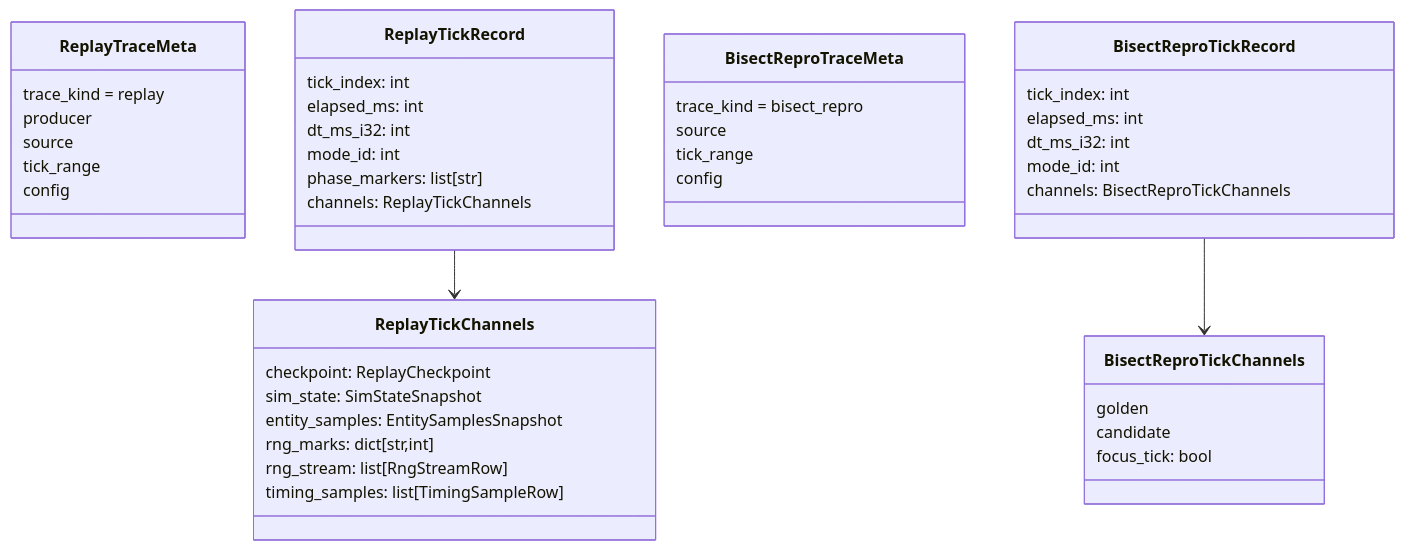
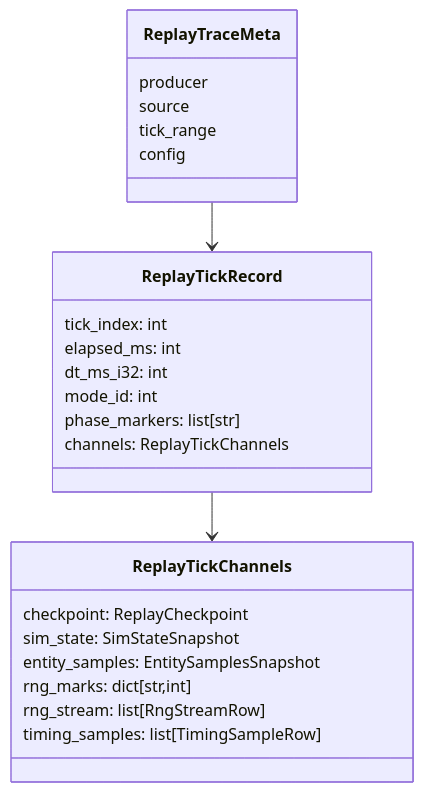
One commit to banteg/crimson changed the seventh of 7 diagrams in DBG_TRACE_ARCHITECTURE_MEMO.md. Above: the diagram before and after it, drawn with Mermaid. The commit also changed other lines of this file and 1 other file, not shown here.

````diff
--- a/DBG_TRACE_ARCHITECTURE_MEMO.md
+++ b/DBG_TRACE_ARCHITECTURE_MEMO.md
@@ -275,52 +555,30 @@
 ```mermaid
 classDiagram
-    class ReplayTraceMeta {
-      trace_kind = replay
-      producer
-      source
-      tick_range
-      config
-    }
-
     class ReplayTickChannels {
       checkpoint: ReplayCheckpoint
       sim_state: SimStateSnapshot
       entity_samples: EntitySamplesSnapshot
       rng_marks: dict[str,int]
       rng_stream: list[RngStreamRow]
       timing_samples: list[TimingSampleRow]
     }
 
     class ReplayTickRecord {
       tick_index: int
       elapsed_ms: int
       dt_ms_i32: int
       mode_id: int
       phase_markers: list[str]
       channels: ReplayTickChannels
     }
 
-    class BisectReproTraceMeta {
-      trace_kind = bisect_repro
+    class ReplayTraceMeta {
+      producer
       source
       tick_range
       config
     }
 
-    class BisectReproTickChannels {
-      golden
-      candidate
-      focus_tick: bool
-    }
-
-    class BisectReproTickRecord {
-      tick_index: int
-      elapsed_ms: int
-      dt_ms_i32: int
-      mode_id: int
-      channels: BisectReproTickChannels
-    }
-
     ReplayTickRecord --> ReplayTickChannels
-    BisectReproTickRecord --> BisectReproTickChannels
+    ReplayTraceMeta --> ReplayTickRecord
 ```
````
